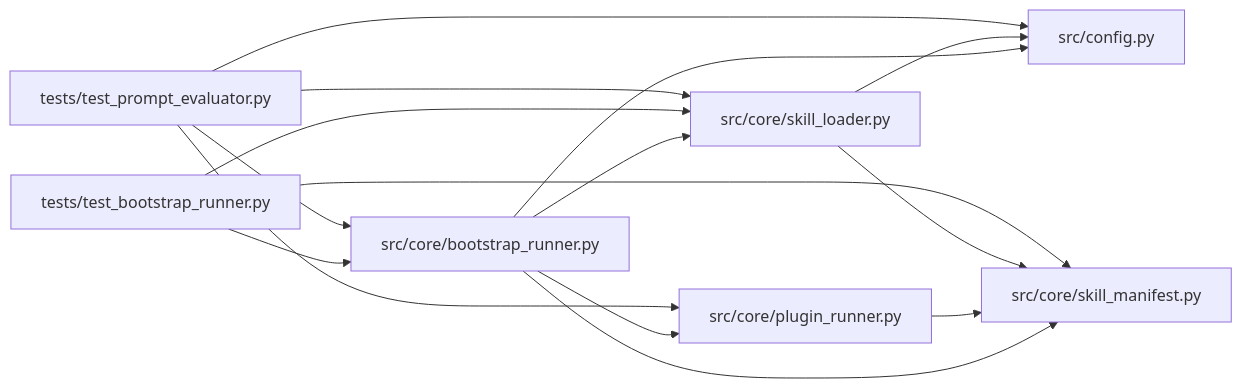
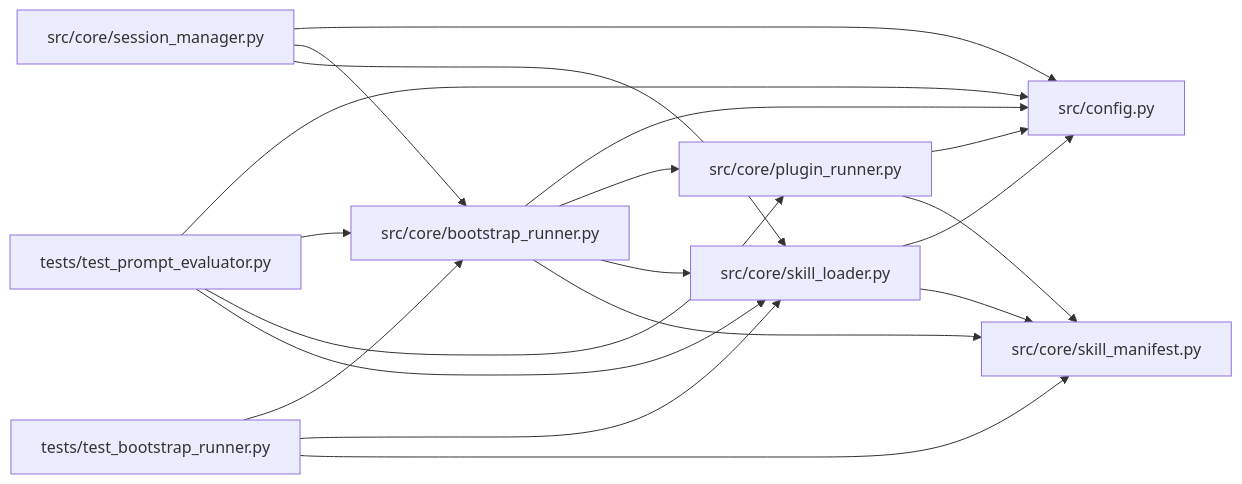
Before and after one commit to Denissvgn/autoresearch-agent: the diagram in docs/llm_wiki/modules/bootstrap_runner.md, drawn with Mermaid. The commit also changed other lines of this file and 1033 other files, not shown here.

````diff
--- a/docs/llm_wiki/modules/bootstrap_runner.md
+++ b/docs/llm_wiki/modules/bootstrap_runner.md
@@ -61,31 +62,37 @@
 ```mermaid
 flowchart LR
     n0["src/config.py"]
     n1["src/core/bootstrap_runner.py"]
     n2["src/core/plugin_runner.py"]
-    n3["src/core/skill_loader.py"]
-    n4["src/core/skill_manifest.py"]
-    n5["tests/test_bootstrap_runner.py"]
-    n6["tests/test_prompt_evaluator.py"]
+    n3["src/core/session_manager.py"]
+    n4["src/core/skill_loader.py"]
+    n5["src/core/skill_manifest.py"]
+    n6["tests/test_bootstrap_runner.py"]
+    n7["tests/test_prompt_evaluator.py"]
     n1 --> n0
     n1 --> n2
-    n1 --> n3
     n1 --> n4
-    n2 --> n4
+    n1 --> n5
+    n2 --> n0
+    n2 --> n5
     n3 --> n0
+    n3 --> n1
     n3 --> n4
-    n5 --> n1
-    n5 --> n3
-    n5 --> n4
-    n6 --> n0
+    n4 --> n0
+    n4 --> n5
     n6 --> n1
-    n6 --> n2
-    n6 --> n3
+    n6 --> n4
+    n6 --> n5
+    n7 --> n0
+    n7 --> n1
+    n7 --> n2
+    n7 --> n4
     click n0 "../modules/config.md"
     click n1 "../modules/bootstrap_runner.md"
     click n2 "../modules/plugin_runner.md"
-    click n3 "../modules/skill_loader.md"
-    click n4 "../modules/skill_manifest.md"
-    click n5 "../modules/test_bootstrap_runner.md"
-    click n6 "../modules/test_prompt_evaluator.md"
+    click n3 "../modules/session_manager.md"
+    click n4 "../modules/skill_loader.md"
+    click n5 "../modules/skill_manifest.md"
+    click n6 "../modules/test_bootstrap_runner.md"
+    click n7 "../modules/test_prompt_evaluator.md"
 ```
````
